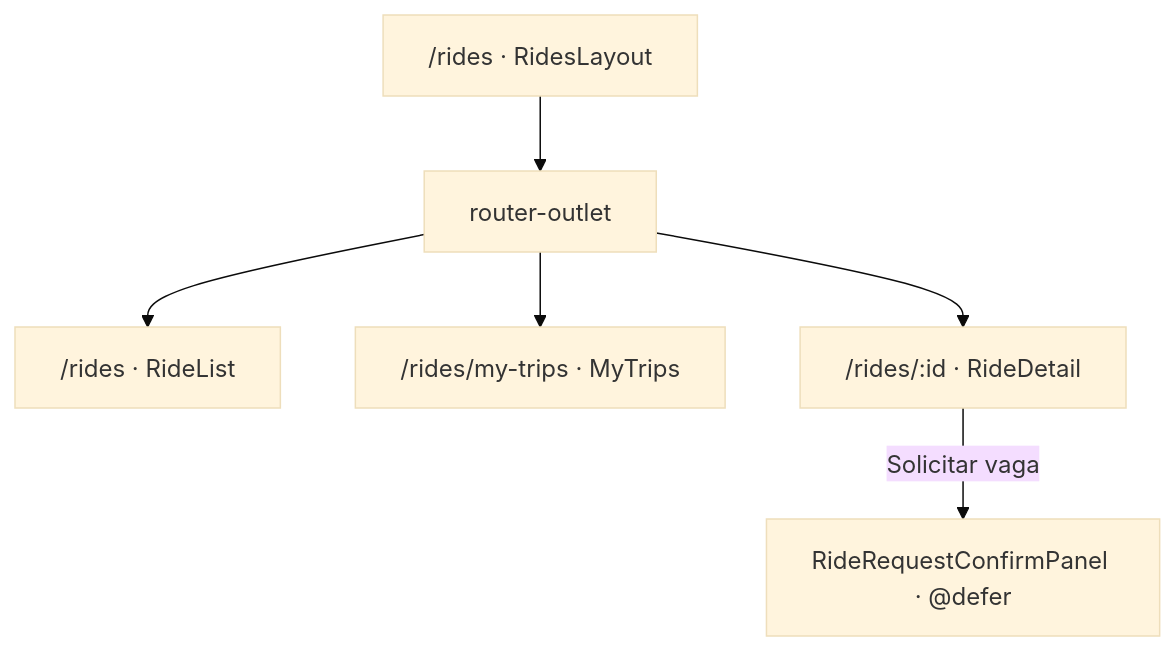
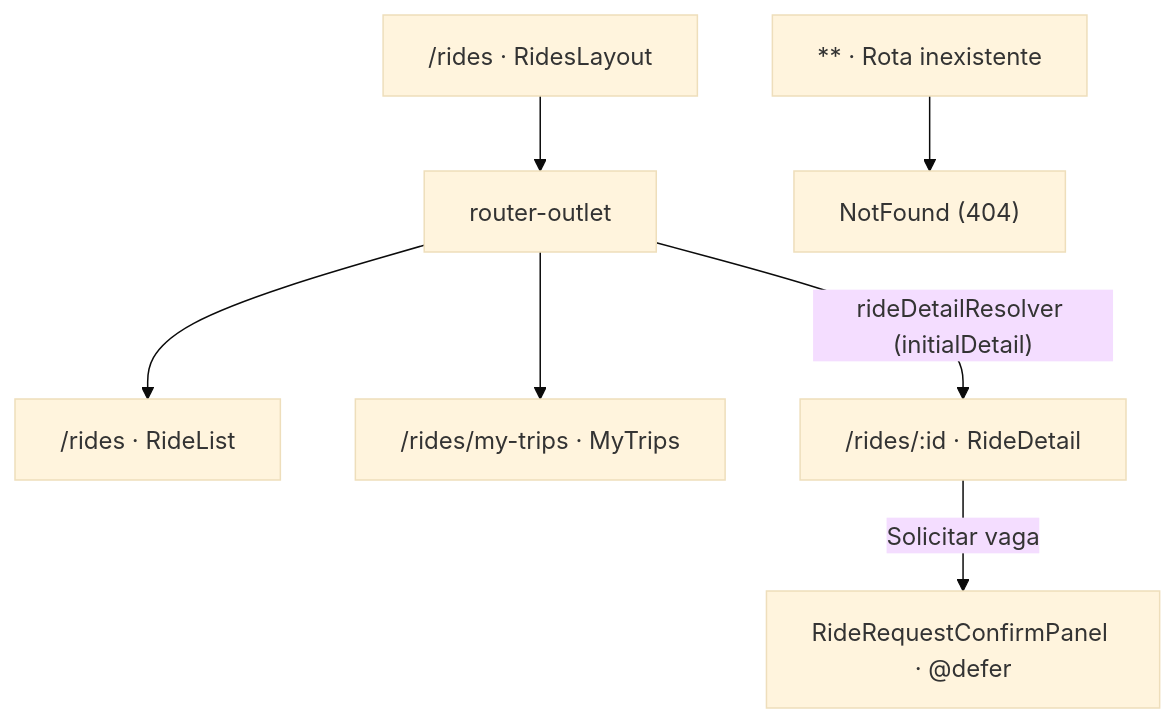
One commit to UTFRide/UTFRide changed the first of 2 diagrams in docs/architecture.md. Above: the diagram before and after it, drawn with Mermaid (base theme). The commit also changed other lines of this file and 1 other file, not shown here.

Commit message:
docs: atualizar architecture.md e specs/README.md para issue #31

````diff
--- a/docs/architecture.md
+++ b/docs/architecture.md
@@ -98,8 +99,9 @@
 ```mermaid
 flowchart TD
     Layout["/rides · RidesLayout"] --> Outlet["router-outlet"]
     Outlet --> List["/rides · RideList"]
     Outlet --> Trips["/rides/my-trips · MyTrips"]
-    Outlet --> Detail["/rides/:id · RideDetail"]
+    Outlet -->|"rideDetailResolver (initialDetail)"| Detail["/rides/:id · RideDetail"]
     Detail -->|Solicitar vaga| Confirm["RideRequestConfirmPanel · @defer"]
+    Wildcard["** · Rota inexistente"] --> NotFound["NotFound (404)"]
 ```
````
